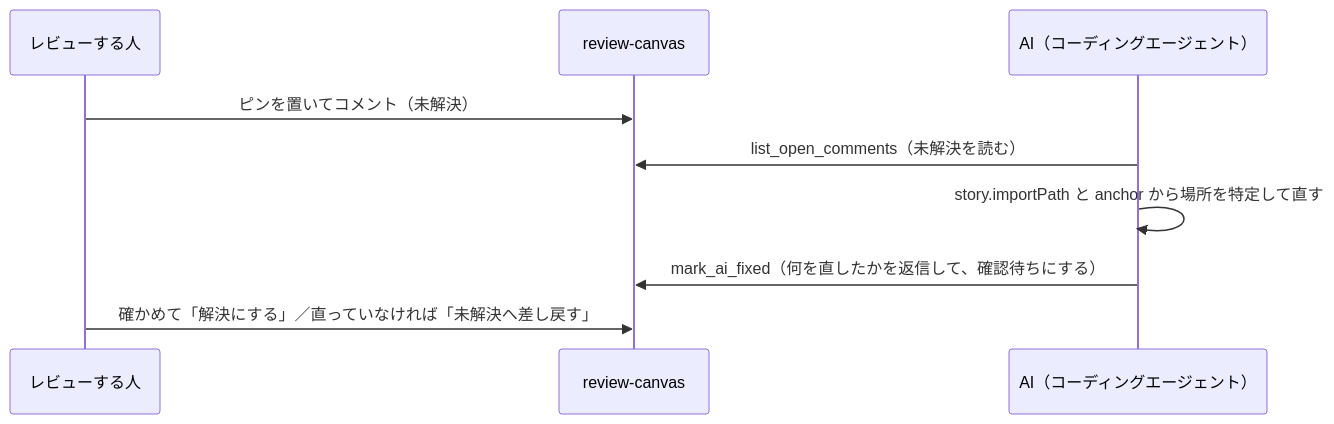
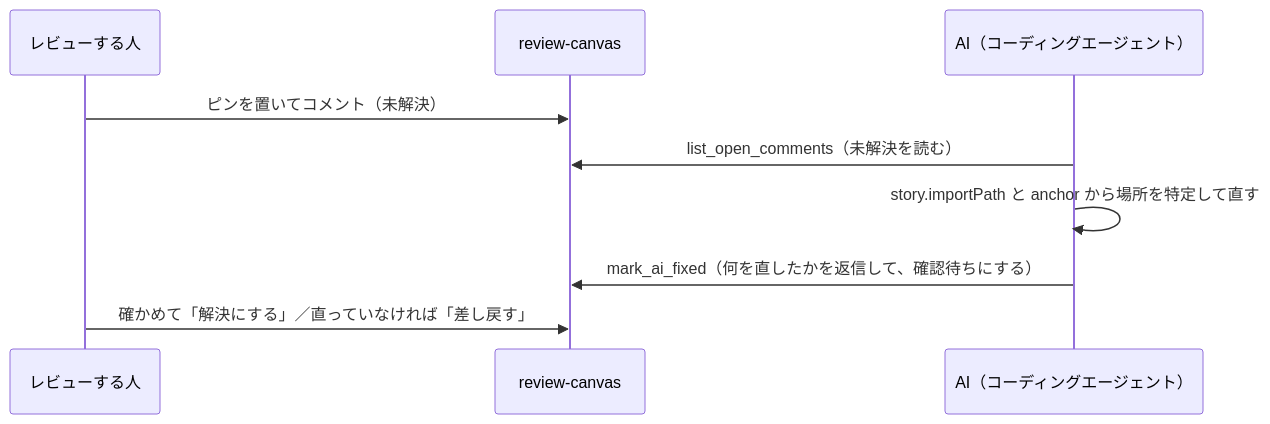
The diagram in docs/ai.md (ShuntaToda/review-canvas), drawn with Mermaid before and after one commit. The commit also changed 16 other files, not shown here.

````diff
--- a/docs/ai.md
+++ b/docs/ai.md
@@ -5,11 +5,11 @@
 ```mermaid
 sequenceDiagram
   participant R as レビューする人
   participant C as review-canvas
   participant A as AI（コーディングエージェント）
   R->>C: ピンを置いてコメント（未解決）
   A->>C: list_open_comments（未解決を読む）
   A->>A: story.importPath と anchor から場所を特定して直す
   A->>C: mark_ai_fixed（何を直したかを返信して、確認待ちにする）
-  R->>C: 確かめて「解決にする」／直っていなければ「未解決へ差し戻す」
+  R->>C: 確かめて「解決にする」／直っていなければ「差し戻す」
 ```
````
